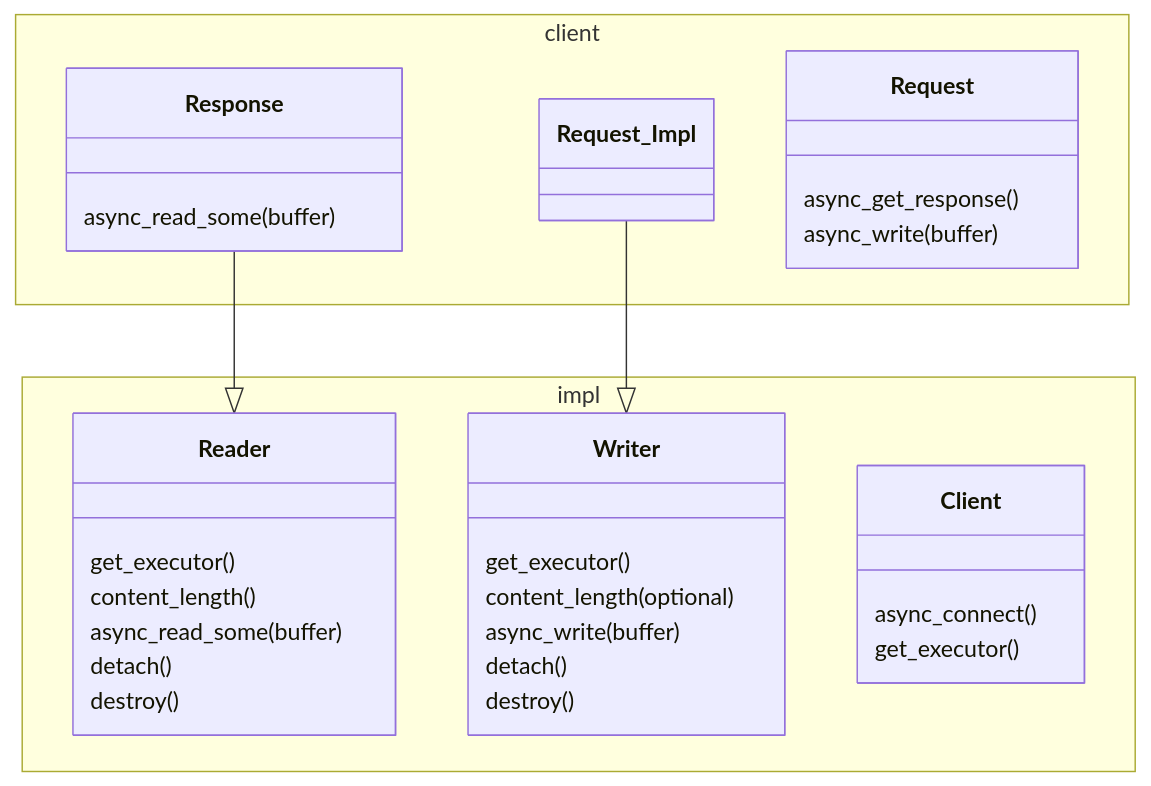
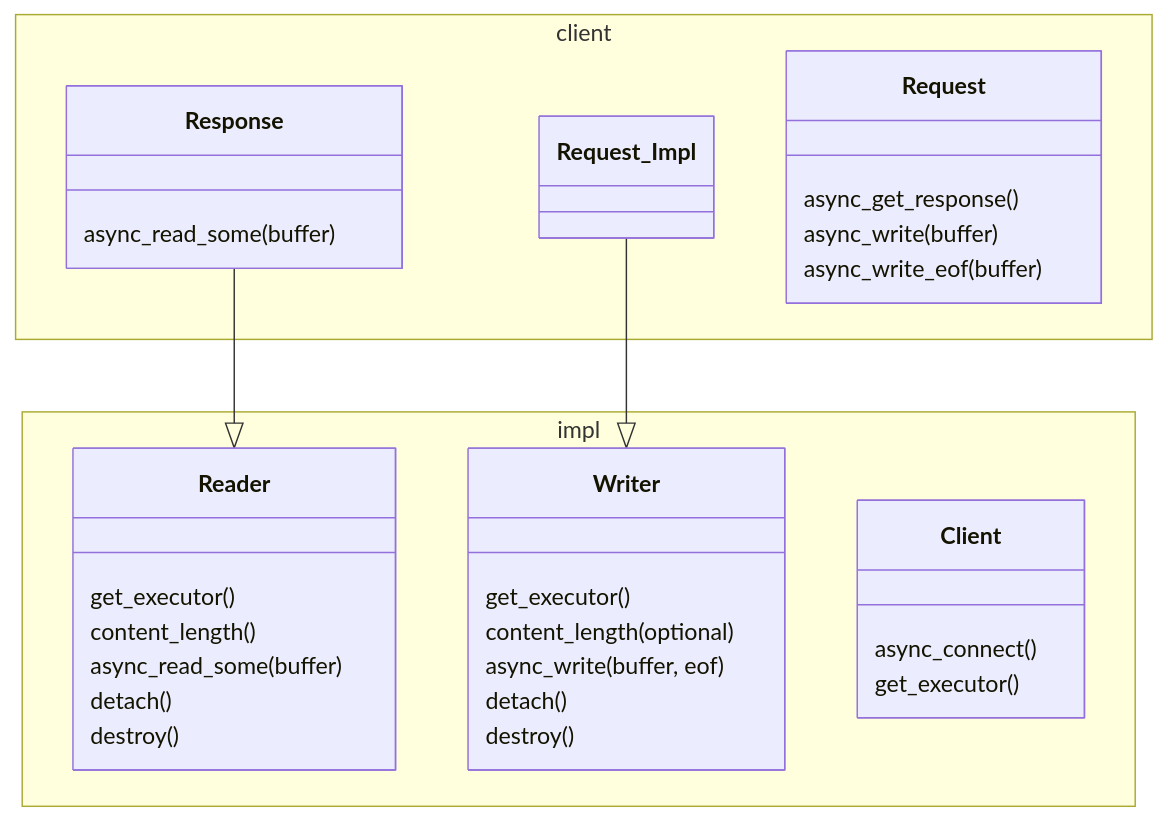
Before and after one commit to pgit/anyhttp: the diagram in README.md, drawn with Mermaid. The commit also changed other lines of this file, not shown here.

Commit message:
docs: describe the new EOF model in the README

````diff
--- a/README.md
+++ b/README.md
@@ -56,43 +75,44 @@
 ```mermaid
 classDiagram
 
 Response --|> Reader
 Request_Impl --|> Writer
 
 namespace client {
    class Response {
       async_read_some(buffer)
    }
    class Request {
       async_get_response()
       async_write(buffer)
+      async_write_eof(buffer)
    }
    class Client {
       async_connect()
    }
 
    class Request_Impl {
 
    }
 }
 
 namespace impl {
    class Reader {
       get_executor()
       content_length()
       async_read_some(buffer)
       detach()
       destroy()
    }
    class Writer {
       get_executor()
       content_length(optional<size_t>)
-      async_write(buffer)
+      async_write(buffer, eof)
       detach()
       destroy()
    }
    class Client {
       get_executor()
    }
 }
 ```
````
